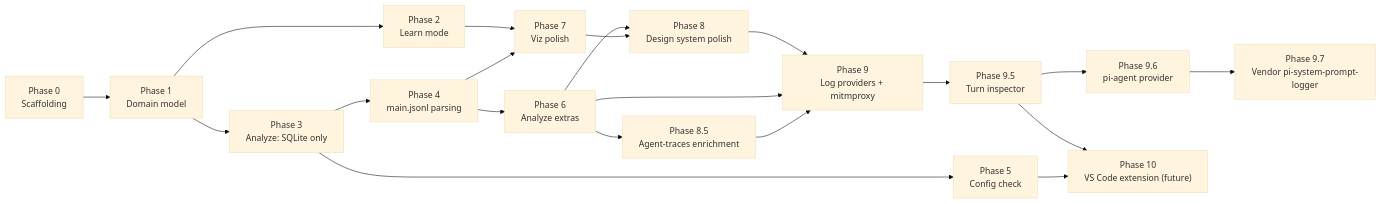
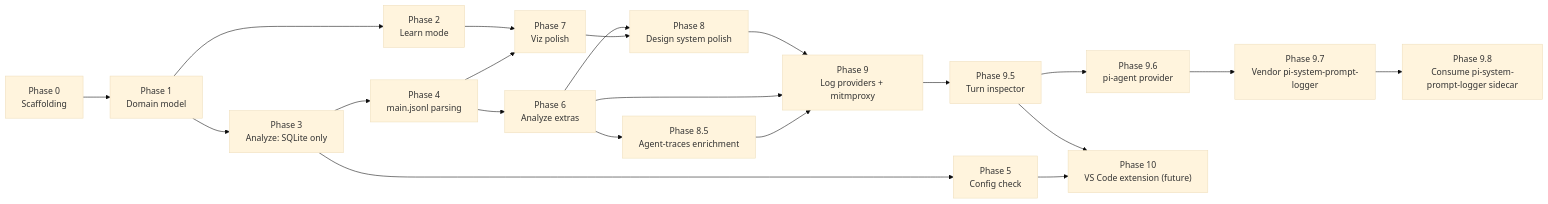
Before and after one commit to raulkivi/gh-cp-chat-analyser: the diagram in docs/implementation-plan.md, drawn with Mermaid (base theme). The commit also changed other lines of this file and 22 other files, not shown here.

First line of the commit message:
Consume the pi-system-prompt-logger sidecar log (Phase 9.8)

````diff
--- a/docs/implementation-plan.md
+++ b/docs/implementation-plan.md
@@ -962,22 +1028,23 @@
 ```mermaid
 flowchart LR
     P0["Phase 0<br/>Scaffolding"] --> P1["Phase 1<br/>Domain model"]
     P1 --> P2["Phase 2<br/>Learn mode"]
     P1 --> P3["Phase 3<br/>Analyze: SQLite only"]
     P3 --> P4["Phase 4<br/>main.jsonl parsing"]
     P3 --> P5["Phase 5<br/>Config check"]
     P4 --> P6["Phase 6<br/>Analyze extras"]
     P2 --> P7["Phase 7<br/>Viz polish"]
     P4 --> P7
     P6 --> P8["Phase 8<br/>Design system polish"]
     P7 --> P8
     P6 --> P85["Phase 8.5<br/>Agent-traces enrichment"]
     P8 --> P9["Phase 9<br/>Log providers + mitmproxy"]
     P6 --> P9
     P85 --> P9
     P9 --> P95["Phase 9.5<br/>Turn inspector"]
     P95 --> P96["Phase 9.6<br/>pi-agent provider"]
     P96 --> P97["Phase 9.7<br/>Vendor pi-system-prompt-logger"]
+    P97 --> P98["Phase 9.8<br/>Consume pi-system-prompt-logger sidecar"]
     P95 --> P10["Phase 10<br/>VS Code extension (future)"]
     P5 --> P10
 ```
````
